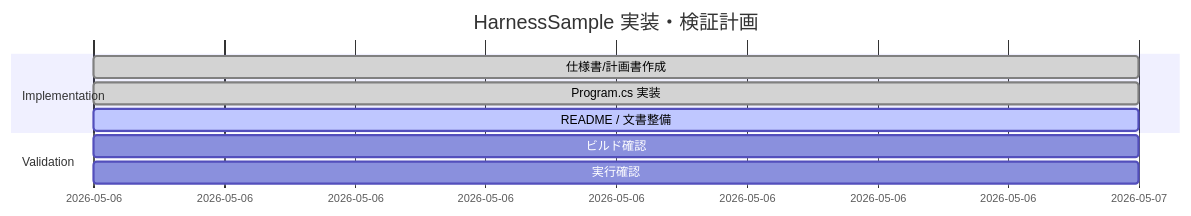
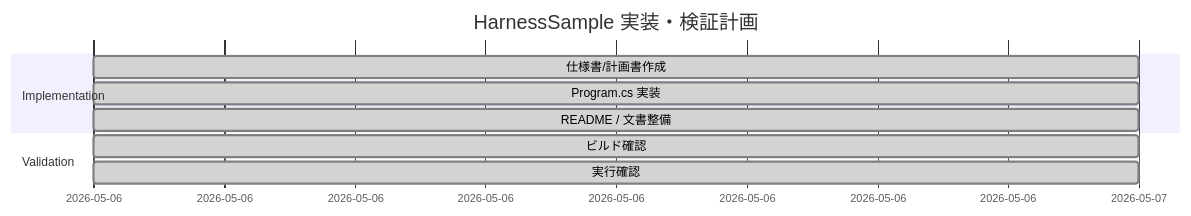
Before and after one commit to yy7613/HarnessSample: the second of 2 diagrams in docs/harness-sample-plan.md, drawn with Mermaid. The commit also changed 1 other file, not shown here.

Commit message:
README.mdと計画書の文書整備状況を更新

````diff
--- a/docs/harness-sample-plan.md
+++ b/docs/harness-sample-plan.md
@@ -58,12 +58,12 @@
 ```mermaid
 gantt
     title HarnessSample 実装・検証計画
     dateFormat  YYYY-MM-DD
     section Implementation
     仕様書/計画書作成           :done, a1, 2026-05-06, 1d
     Program.cs 実装            :done, a2, 2026-05-06, 1d
-    README / 文書整備          :active, a3, 2026-05-06, 1d
+    README / 文書整備          :done, a3, 2026-05-06, 1d
     section Validation
-    ビルド確認                  :a4, 2026-05-06, 1d
-    実行確認                    :a5, 2026-05-06, 1d
+    ビルド確認                  :done, a4, 2026-05-06, 1d
+    実行確認                    :done, a5, 2026-05-06, 1d
 ```
````
